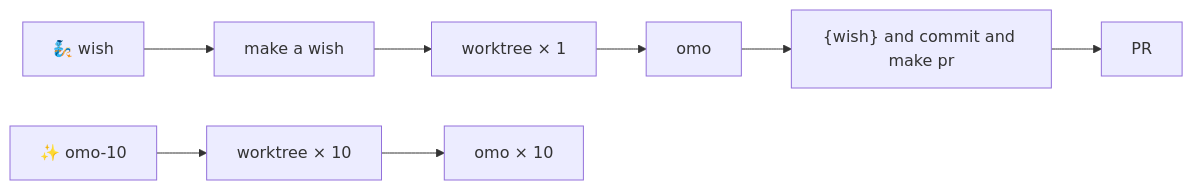
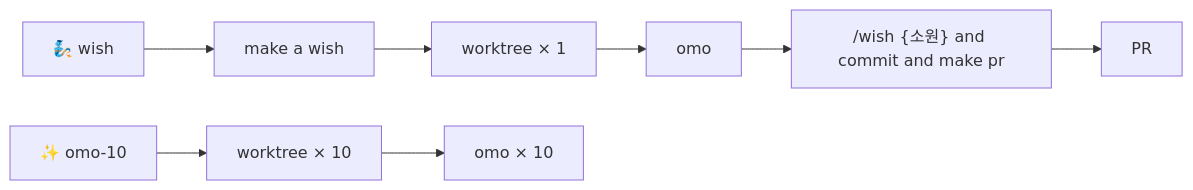
Before and after one commit to MovieHolic-Plex/herdr-wish: the diagram in README.md, drawn with Mermaid. The commit also changed other lines of this file and 5 other files, not shown here.

````diff
--- a/README.md
+++ b/README.md
@@ -238,11 +261,11 @@
 ```mermaid
 flowchart LR
   W["🧞 wish"] --> M["make a wish"]
   M --> T["worktree × 1"]
   T --> O["omo"]
-  O --> P["{wish} and commit and make pr"]
+  O --> P["/wish {소원} and commit and make pr"]
   P --> R["PR"]
 
   X["✨ omo-10"] --> N["worktree × 10"]
   N --> Y["omo × 10"]
 ```
````
